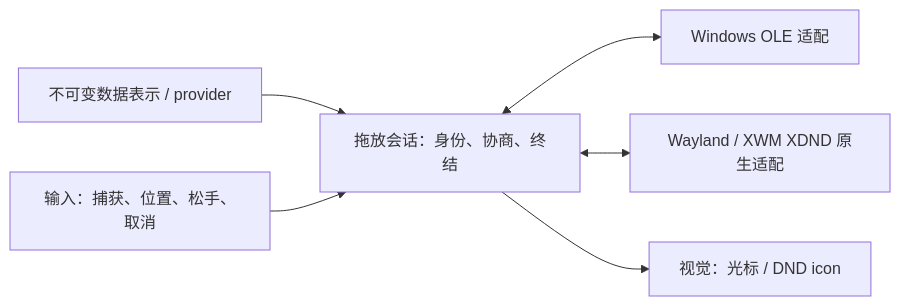
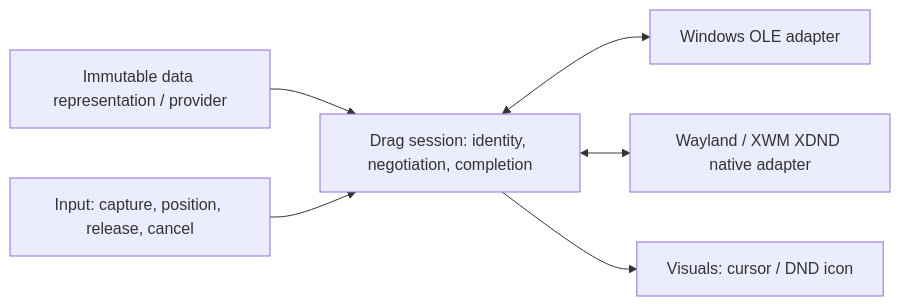
One commit to wanoful/waybridge changed the diagram in docs/DRAG_AND_DROP.md. Above: the diagram before and after it, drawn with Mermaid. The commit also changed other lines of this file and 55 other files, not shown here.

````diff
--- a/docs/DRAG_AND_DROP.md
+++ b/docs/DRAG_AND_DROP.md
@@ -13,8 +13,8 @@
 ```mermaid
 flowchart LR
-    P[不可变数据表示 / provider] --> S[拖放会话：身份、协商、终结]
-    S <--> W[Windows OLE 适配]
-    S <--> L[Wayland / XWM XDND 原生适配]
-    I[输入：捕获、位置、松手、取消] --> S
-    S --> V[视觉：光标 / DND icon]
+    P[Immutable data representation / provider] --> S[Drag session: identity, negotiation, completion]
+    S <--> W[Windows OLE adapter]
+    S <--> L[Wayland / XWM XDND native adapter]
+    I[Input: capture, position, release, cancel] --> S
+    S --> V[Visuals: cursor / DND icon]
 ```
````
